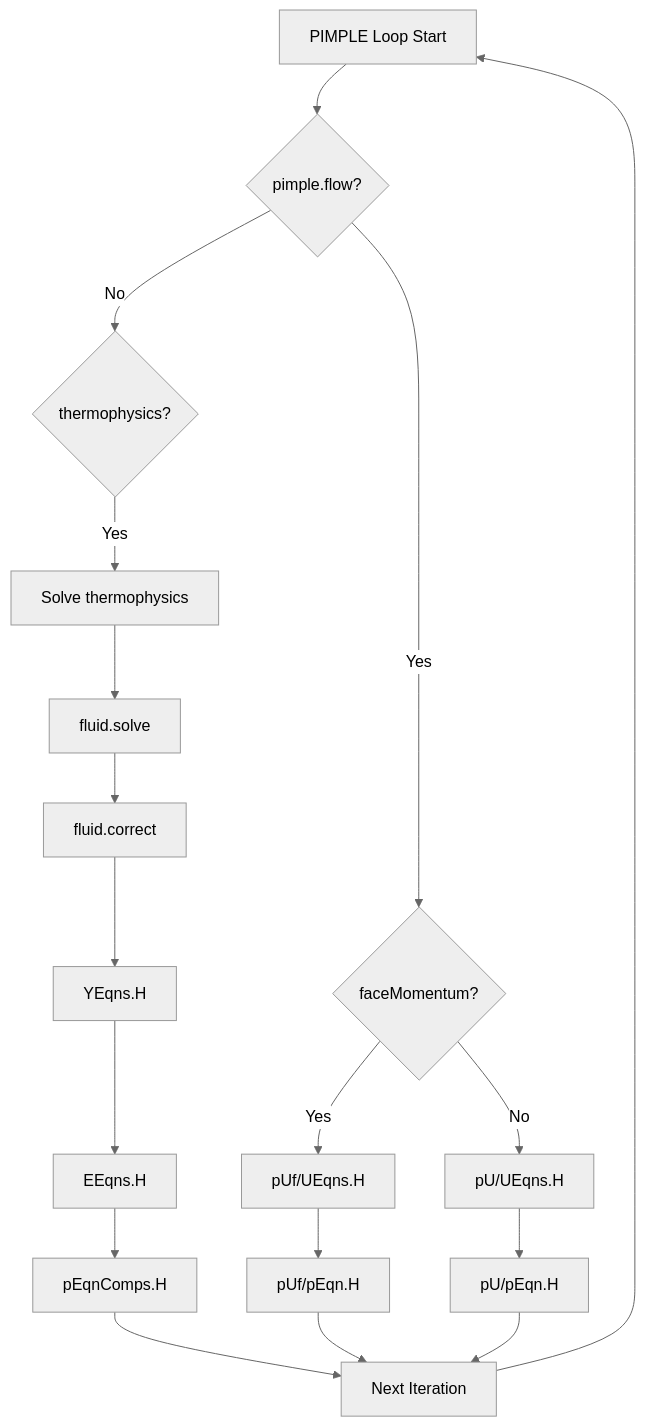
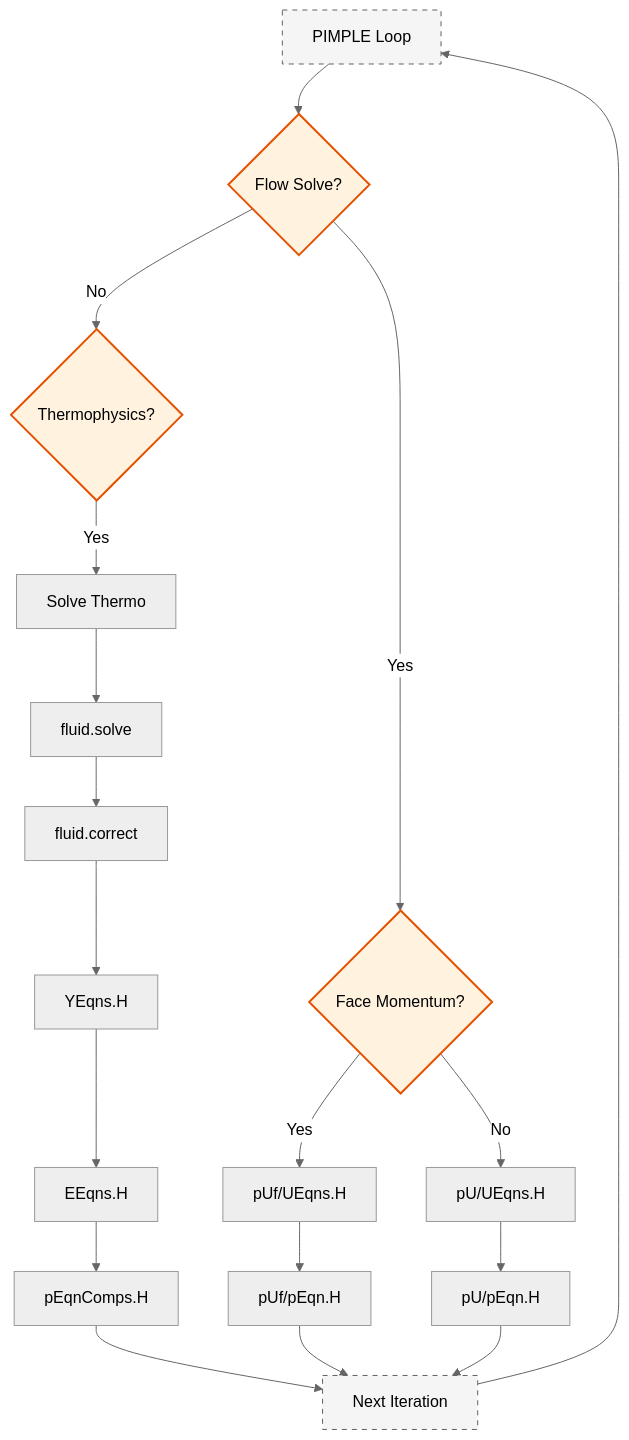
The second of 2 diagrams in MODULE_04_MULTIPHASE_FUNDAMENTALS/CONTENT/09_IMPLEMENTATION_ARCHITECTURE/00_Overview.md (wramet/build-my-cfd), drawn with Mermaid (neutral theme) before and after one commit. The commit also changed other lines of this file and 313 other files, not shown here.

Commit message:
Revise all diagram

````diff
--- a/MODULE_04_MULTIPHASE_FUNDAMENTALS/CONTENT/09_IMPLEMENTATION_ARCHITECTURE/00_Overview.md
+++ b/MODULE_04_MULTIPHASE_FUNDAMENTALS/CONTENT/09_IMPLEMENTATION_ARCHITECTURE/00_Overview.md
@@ -255,22 +255,21 @@
 ```mermaid
 flowchart TD
-    A[PIMPLE Loop Start] --> B{pimple.flow?}
-    B -->|No| C{thermophysics?}
-    C -->|Yes| D[Solve thermophysics]
-    D --> E[fluid.solve]
-    E --> F[fluid.correct]
-    F --> G[YEqns.H]
-    G --> H[EEqns.H]
-    H --> I[pEqnComps.H]
-
-    B -->|Yes| J{faceMomentum?}
-    J -->|Yes| K[pUf/UEqns.H]
-    K --> L[pUf/pEqn.H]
-    J -->|No| M[pU/UEqns.H]
-    M --> N[pU/pEqn.H]
-
-    I --> O[Next Iteration]
-    L --> O
-    N --> O
-    O --> A
+classDef implicit fill:#e1f5fe,stroke:#01579b,stroke-width:2px,color:#000
+classDef explicit fill:#fff3e0,stroke:#e65100,stroke-width:2px,color:#000
+classDef context fill:#f5f5f5,stroke:#616161,stroke-width:1px,color:#000,stroke-dasharray: 5 5
+A[PIMPLE Loop]:::context --> B{Flow Solve?}:::explicit
+B -->|No| C{Thermophysics?}:::explicit
+C -->|Yes| D[Solve Thermo]
+D --> E[fluid.solve]
+E --> F[fluid.correct]
+F --> G[YEqns.H]
+G --> H[EEqns.H]
+H --> I[pEqnComps.H]
+B -->|Yes| J{Face Momentum?}:::explicit
+J -->|Yes| K[pUf/UEqns.H]
+K --> L[pUf/pEqn.H]
+J -->|No| M[pU/UEqns.H]
+M --> N[pU/pEqn.H]
+I & L & N --> O[Next Iteration]:::context
+O --> A
 ```
````
